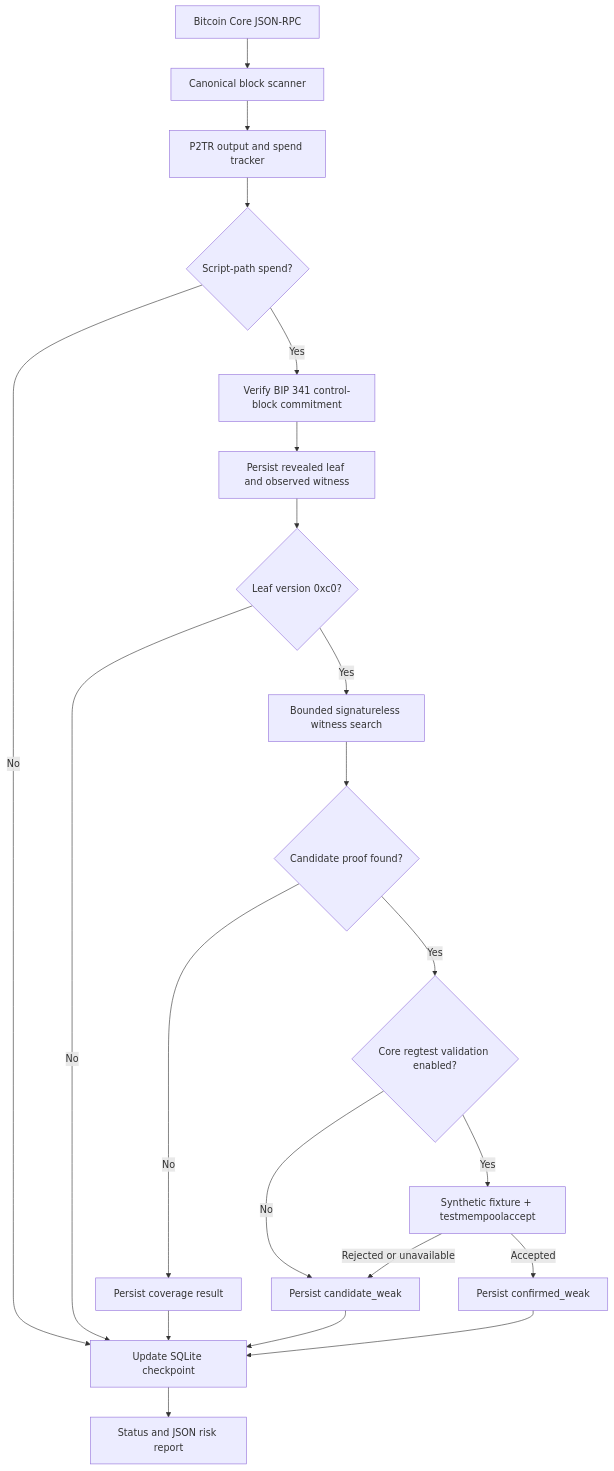
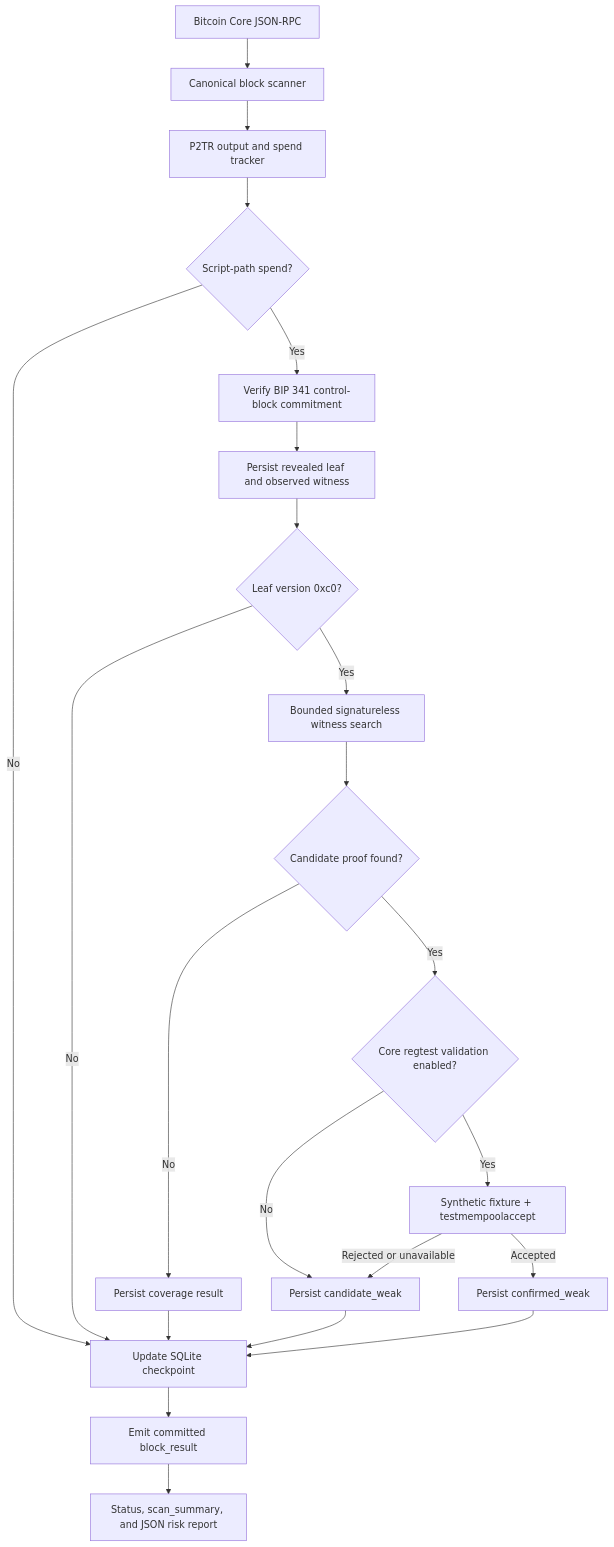
Before and after one commit to smallyunet/tapscript_weak_finder: the first of 2 diagrams in docs/architecture.md, drawn with Mermaid. The commit also changed other lines of this file and 8 other files, not shown here.

````diff
--- a/docs/architecture.md
+++ b/docs/architecture.md
@@ -19,23 +19,24 @@
 ```mermaid
 flowchart TD
     A["Bitcoin Core JSON-RPC"] --> B["Canonical block scanner"]
     B --> C["P2TR output and spend tracker"]
     C --> D{"Script-path spend?"}
     D -- "No" --> E["Update SQLite checkpoint"]
     D -- "Yes" --> F["Verify BIP 341 control-block commitment"]
     F --> G["Persist revealed leaf and observed witness"]
     G --> H{"Leaf version 0xc0?"}
     H -- "No" --> E
     H -- "Yes" --> I["Bounded signatureless witness search"]
     I --> J{"Candidate proof found?"}
     J -- "No" --> K["Persist coverage result"]
     J -- "Yes" --> V{"Core regtest validation enabled?"}
     V -- "No" --> CAND["Persist candidate_weak"]
     V -- "Yes" --> CORE["Synthetic fixture + testmempoolaccept"]
     CORE -- "Accepted" --> CONF["Persist confirmed_weak"]
     CORE -- "Rejected or unavailable" --> CAND
     K --> E
     CAND --> E
     CONF --> E
-    E --> L["Status and JSON risk report"]
+    E --> O["Emit committed block_result"]
+    O --> L["Status, scan_summary, and JSON risk report"]
 ```
````
